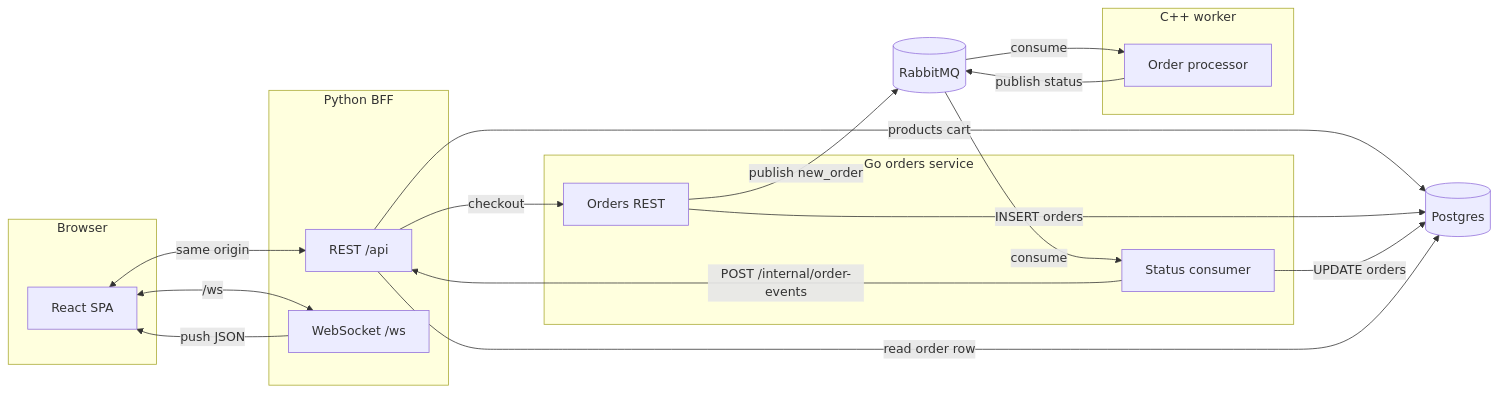
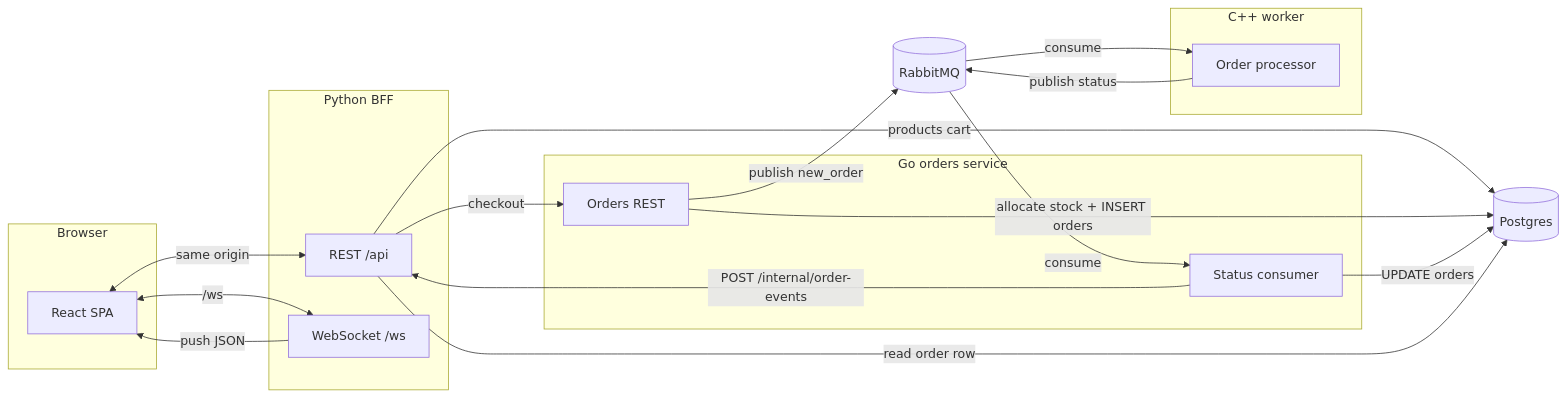
The first of 2 diagrams in README.md (eglaw/async-ecommerce-playground), drawn with Mermaid before and after one commit. The commit also changed other lines of this file and 7 other files, not shown here.

````diff
--- a/README.md
+++ b/README.md
@@ -11,30 +13,30 @@
 ```mermaid
 flowchart LR
   subgraph browser [Browser]
     React[React SPA]
   end
   subgraph py [Python BFF]
     FastAPI[REST /api]
     WSHub[WebSocket /ws]
   end
   subgraph go [Go orders service]
     OrdersAPI[Orders REST]
     StatusConsumer[Status consumer]
   end
   subgraph cpp [C++ worker]
     OrderProc[Order processor]
   end
   React <-->|same origin| FastAPI
   React <-->|/ws| WSHub
   FastAPI -->|checkout| OrdersAPI
   FastAPI -->|products cart| Postgres[(Postgres)]
-  OrdersAPI -->|INSERT orders| Postgres
+  OrdersAPI -->|"allocate stock + INSERT orders"| Postgres
   OrdersAPI -->|publish new_order| RabbitMQ[(RabbitMQ)]
   RabbitMQ -->|consume| OrderProc
   OrderProc -->|publish status| RabbitMQ
   RabbitMQ -->|consume| StatusConsumer
   StatusConsumer -->|UPDATE orders| Postgres
   StatusConsumer -->|"POST /internal/order-events"| FastAPI
   FastAPI -->|read order row| Postgres
   WSHub -->|push JSON| React
 ```
````
